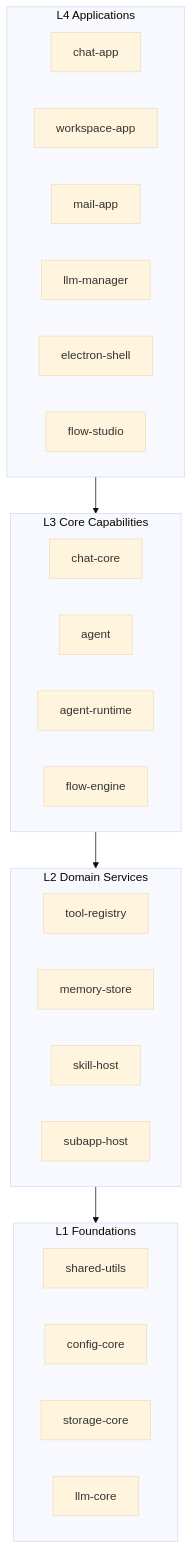
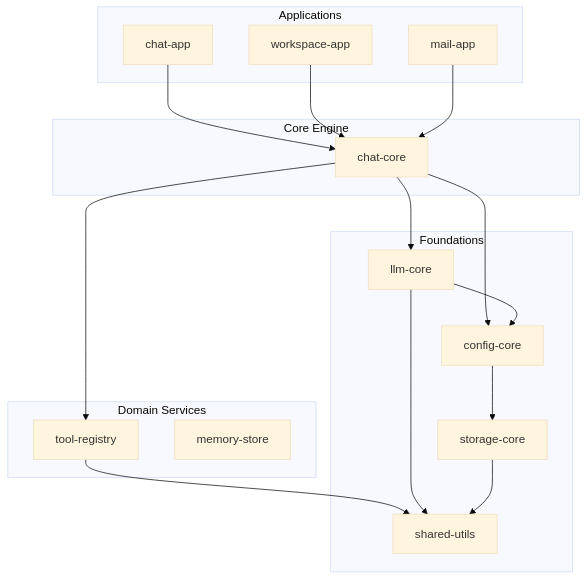
One commit to xingseq/xingseq changed the diagram in README.md. Above: the diagram before and after it, drawn with Mermaid (base theme). The commit also changed other lines of this file and 1 other file, not shown here.

````diff
--- a/README.md
+++ b/README.md
@@ -35,33 +67,33 @@
 ```mermaid
 graph TB
-    subgraph L4[L4 Applications]
+    subgraph L4[Applications]
         chat-app
         workspace-app
         mail-app
-        llm-manager
-        electron-shell
-        flow-studio
     end
-    subgraph L3[L3 Core Capabilities]
+    subgraph L3[Core Engine]
         chat-core
-        agent
-        agent-runtime
-        flow-engine
     end
-    subgraph L2[L2 Domain Services]
+    subgraph L2[Domain Services]
         tool-registry
         memory-store
-        skill-host
-        subapp-host
     end
-    subgraph L1[L1 Foundations]
-        shared-utils
+    subgraph L1[Foundations]
+        llm-core
         config-core
         storage-core
-        llm-core
+        shared-utils
     end
 
-    L4 --> L3
-    L3 --> L2
-    L2 --> L1
+    chat-app --> chat-core
+    workspace-app --> chat-core
+    mail-app --> chat-core
+    chat-core --> tool-registry
+    chat-core --> llm-core
+    chat-core --> config-core
+    tool-registry --> shared-utils
+    llm-core --> config-core
+    llm-core --> shared-utils
+    config-core --> storage-core
+    storage-core --> shared-utils
 ```
````
